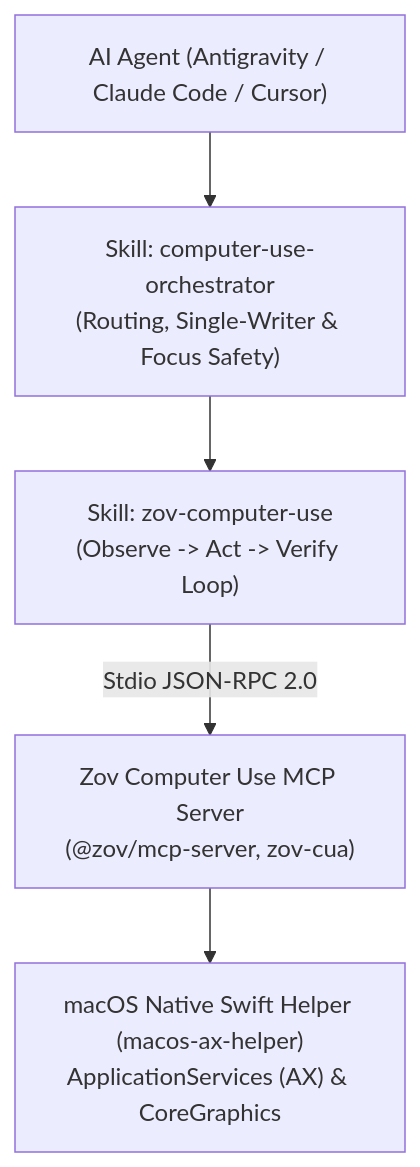
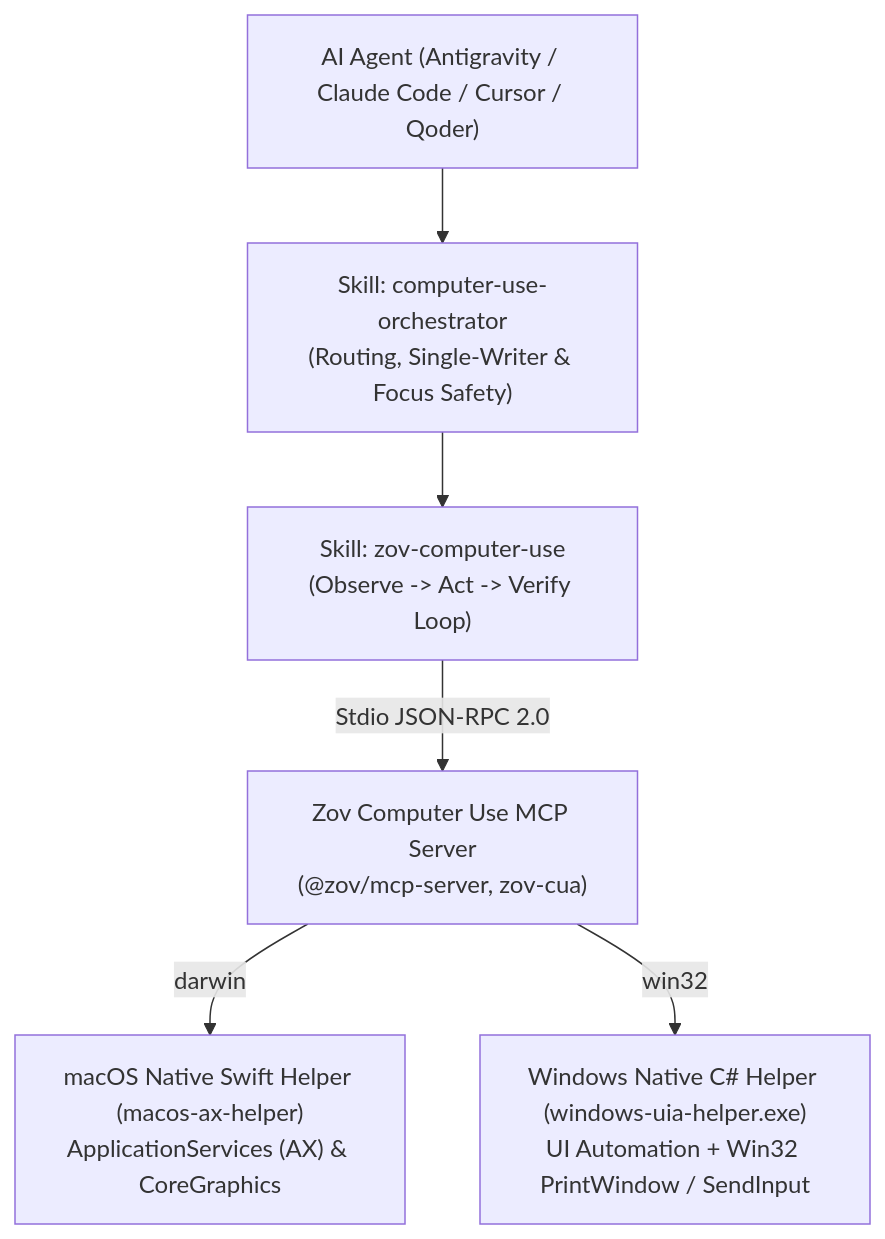
The diagram in README.md (timexingxin/zov-computer-use), drawn with Mermaid before and after one commit. The commit also changed other lines of this file and 28 other files, not shown here.

Commit message:
feat(windows): add native C# UIA + Win32 engine, cross-platform installer & CI (v1.1.0)

````diff
--- a/README.md
+++ b/README.md
@@ -74,10 +64,11 @@
 ```mermaid
 flowchart TD
-    Agent["AI Agent (Antigravity / Claude Code / Cursor)"]
+    Agent["AI Agent (Antigravity / Claude Code / Cursor / Qoder)"]
     Orch["Skill: computer-use-orchestrator<br/>(Routing, Single-Writer & Focus Safety)"]
     Exec["Skill: zov-computer-use<br/>(Observe -> Act -> Verify Loop)"]
     Agent --> Orch --> Exec
 
     Exec -->|"Stdio JSON-RPC 2.0"| ZovMCP["Zov Computer Use MCP Server<br/>(@zov/mcp-server, zov-cua)"]
-    ZovMCP --> AX["macOS Native Swift Helper (macos-ax-helper)<br/>ApplicationServices (AX) & CoreGraphics"]
+    ZovMCP -->|"darwin"| MacAX["macOS Native Swift Helper (macos-ax-helper)<br/>ApplicationServices (AX) & CoreGraphics"]
+    ZovMCP -->|"win32"| WinUIA["Windows Native C# Helper (windows-uia-helper.exe)<br/>UI Automation + Win32 PrintWindow / SendInput"]
 ```
````
